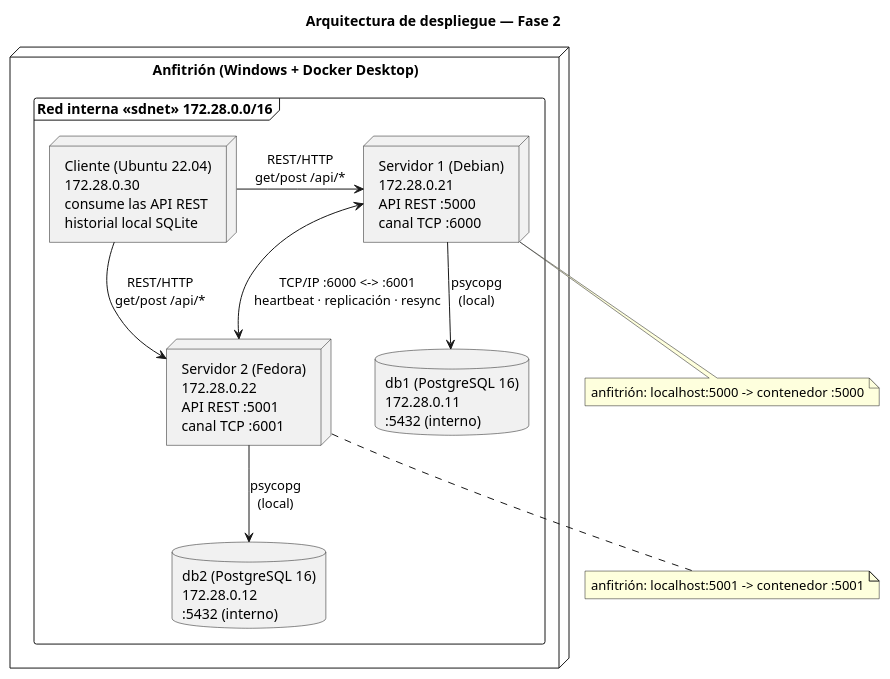
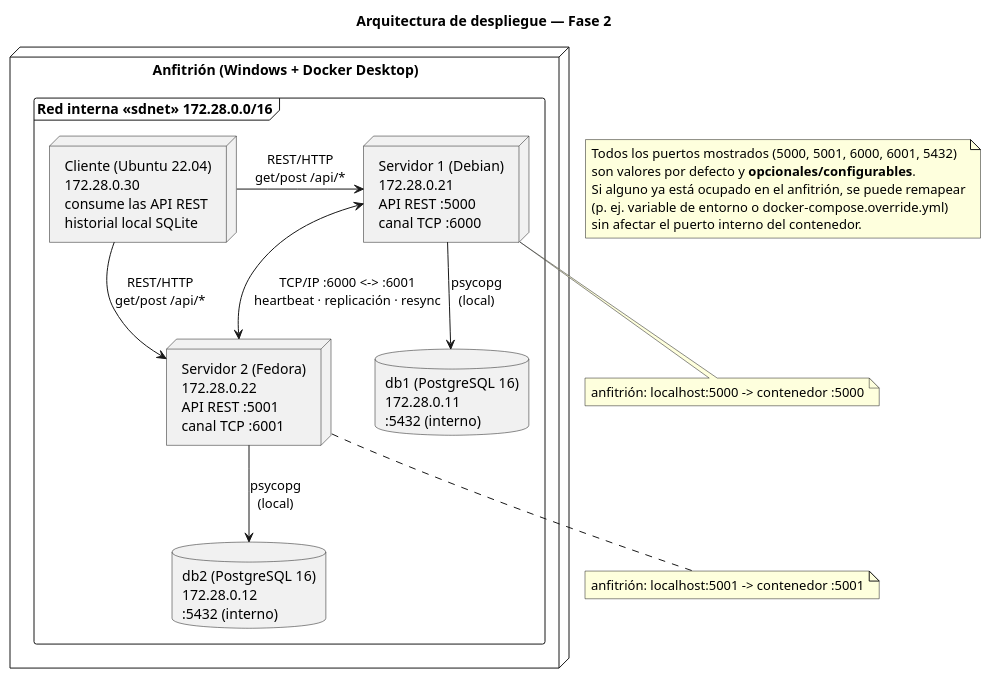
One commit to sebas-archive/servidores-y-bases-de-datos-distribuida changed the diagram in docs/FASE-02/diagramas/despliegue.puml. Above: the diagram before and after it, drawn with PlantUML. The commit also changed 2 other files, not shown here.

Commit message:
Actualizar diagramas UML para Fase 2

```diff
--- a/docs/FASE-02/diagramas/despliegue.puml
+++ b/docs/FASE-02/diagramas/despliegue.puml
@@ -1,35 +1,43 @@
 @startuml despliegue
 ' Arquitectura de despliegue — Fase 2 (direcciones IP y puertos definitivos)
 ' Renderizar con PlantUML (plugin de VS Code o plantuml.jar)
 
 title Arquitectura de despliegue — Fase 2
 
 node "Anfitrión (Windows + Docker Desktop)" {
   frame "Red interna «sdnet» 172.28.0.0/16" {
 
     node "Cliente (Ubuntu 22.04)\n172.28.0.30\nconsume las API REST\nhistorial local SQLite" as client
 
     node "Servidor 1 (Debian)\n172.28.0.21\nAPI REST :5000\ncanal TCP :6000" as s1
     database "db1 (PostgreSQL 16)\n172.28.0.11\n:5432 (interno)" as db1
 
     node "Servidor 2 (Fedora)\n172.28.0.22\nAPI REST :5001\ncanal TCP :6001" as s2
     database "db2 (PostgreSQL 16)\n172.28.0.12\n:5432 (interno)" as db2
   }
 }
 
 ' Cliente -> servidores: REST/HTTP
 client -right-> s1 : REST/HTTP\nget/post /api/*
 client -right-> s2 : REST/HTTP\nget/post /api/*
 
 ' Servidor -> su base local
 s1 -down-> db1 : psycopg\n(local)
 s2 -down-> db2 : psycopg\n(local)
 
 ' Entre servidores: canal TCP propio (heartbeat, replicación, resincronización)
 s1 <--> s2 : TCP/IP :6000 <-> :6001\nheartbeat · replicación · resync
 
 ' Publicación de puertos en el anfitrión
 note bottom of s1 : anfitrión: localhost:5000 -> contenedor :5000
 note bottom of s2 : anfitrión: localhost:5001 -> contenedor :5001
 
+note as puertos
+  Todos los puertos mostrados (5000, 5001, 6000, 6001, 5432)
+  son valores por defecto y **opcionales/configurables**.
+  Si alguno ya está ocupado en el anfitrión, se puede remapear
+  (p. ej. variable de entorno o docker-compose.override.yml)
+  sin afectar el puerto interno del contenedor.
+end note
+
 @enduml
```
